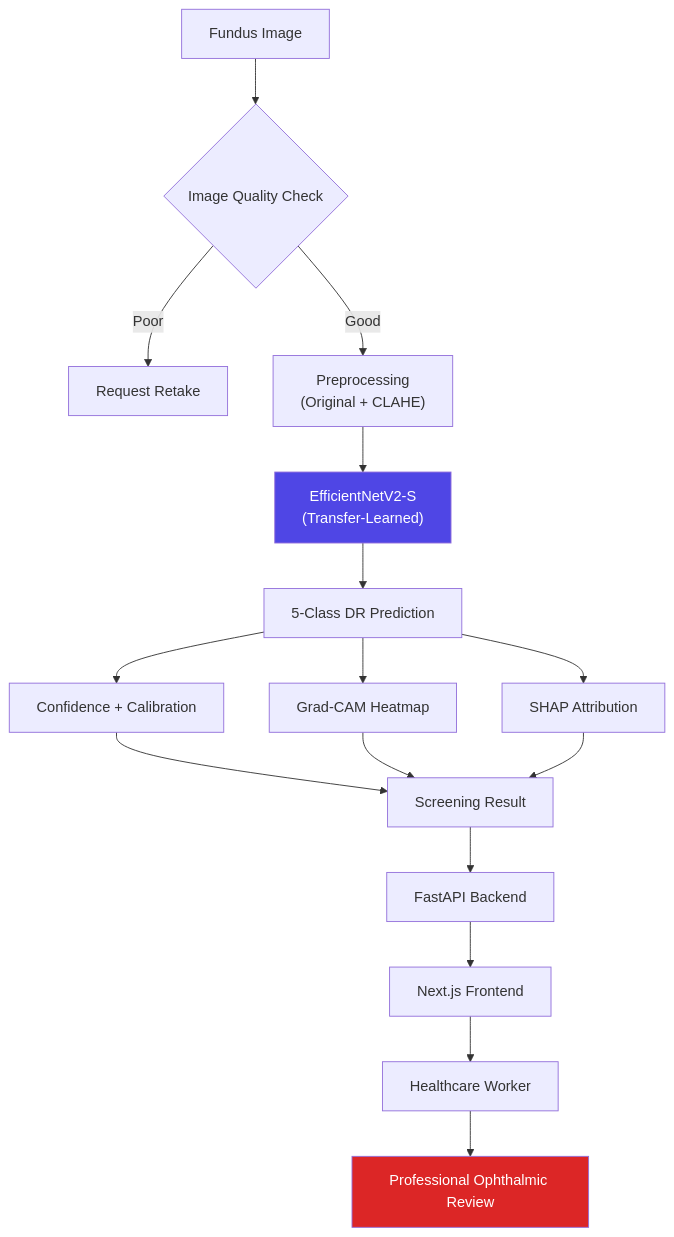
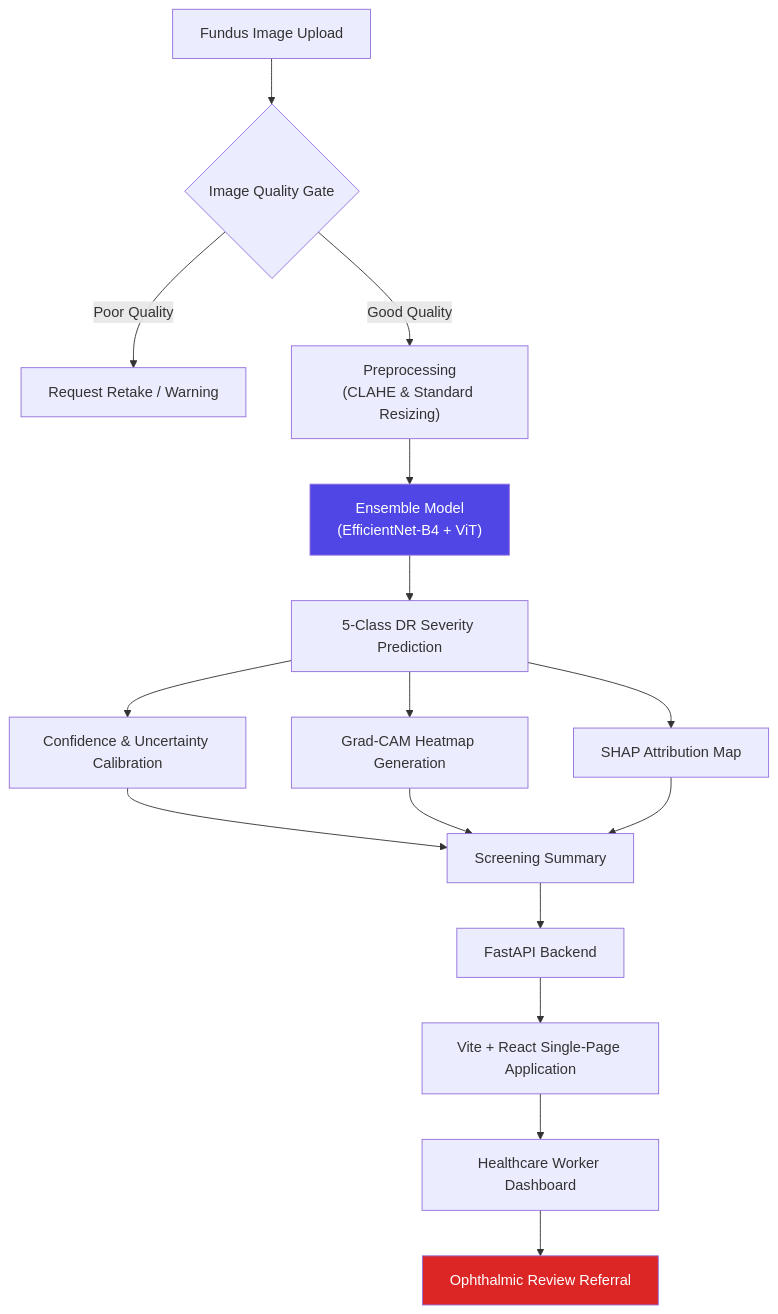
The diagram in README.md (Arjun7039/XAI_for_DIABETIC_RETINOPATHY), drawn with Mermaid before and after one commit. The commit also changed other lines of this file and 1 other file, not shown here.

Commit message:
docs: update README for React + Vite frontend migration

````diff
--- a/README.md
+++ b/README.md
@@ -54,21 +64,21 @@
 ```mermaid
 flowchart TD
-    A[Fundus Image] --> B{Image Quality Check}
-    B -->|Poor| C[Request Retake]
-    B -->|Good| D["Preprocessing<br/>(Original + CLAHE)"]
-    D --> E["EfficientNetV2-S<br/>(Transfer-Learned)"]
-    E --> F[5-Class DR Prediction]
-    F --> G[Confidence + Calibration]
-    F --> H[Grad-CAM Heatmap]
-    F --> I[SHAP Attribution]
-    G --> J[Screening Result]
+    A[Fundus Image Upload] --> B{Image Quality Gate}
+    B -->|Poor Quality| C[Request Retake / Warning]
+    B -->|Good Quality| D["Preprocessing<br/>(CLAHE & Standard Resizing)"]
+    D --> E["Ensemble Model<br/>(EfficientNet-B4 + ViT)"]
+    E --> F[5-Class DR Severity Prediction]
+    F --> G[Confidence & Uncertainty Calibration]
+    F --> H[Grad-CAM Heatmap Generation]
+    F --> I[SHAP Attribution Map]
+    G --> J[Screening Summary]
     H --> J
     I --> J
     J --> K[FastAPI Backend]
-    K --> L[Next.js Frontend]
-    L --> M[Healthcare Worker]
-    M --> N[Professional Ophthalmic Review]
+    K --> L[Vite + React Single-Page Application]
+    L --> M[Healthcare Worker Dashboard]
+    M --> N[Ophthalmic Review Referral]
 
     style E fill:#4F46E5,color:#fff
     style N fill:#DC2626,color:#fff
 ```
````
